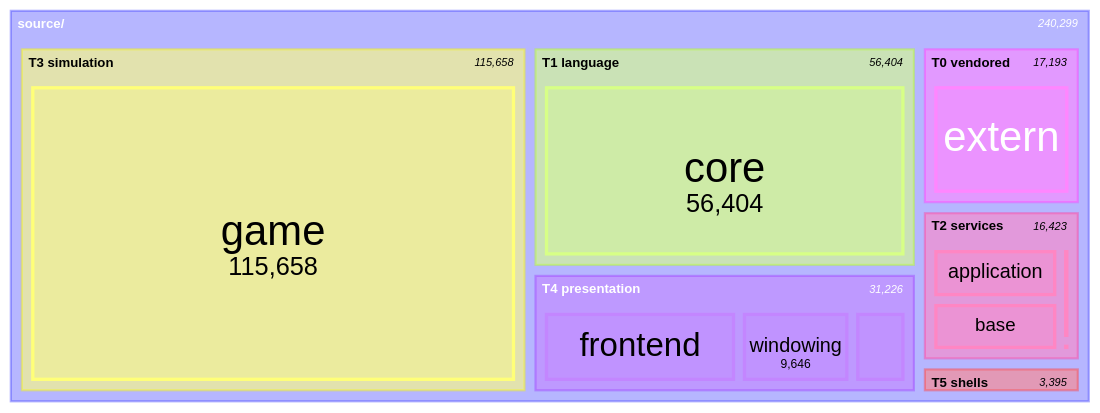
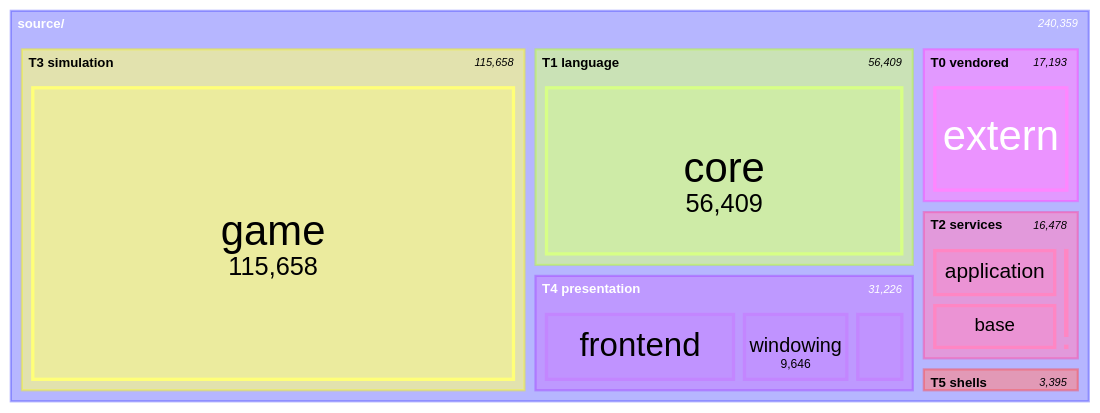
One commit to apnex/OpenStarbound changed the seventh of 11 diagrams in docs/architecture/system-boundaries.md. Above: the diagram before and after it, drawn with Mermaid. The commit also changed other lines of this file and 7 other files, not shown here.

````diff
--- a/docs/architecture/system-boundaries.md
+++ b/docs/architecture/system-boundaries.md
@@ -592,22 +592,22 @@
 ```mermaid
 treemap-beta
 "source/"
     "T0 vendored"
         "extern": 17193
     "T1 language"
-        "core": 56404
+        "core": 56409
     "T2 services"
-        "application": 7617
+        "application": 7672
         "base": 7468
         "metrics": 1196
         "platform": 142
     "T3 simulation"
         "game": 115658
     "T4 presentation"
         "frontend": 16863
         "windowing": 9646
         "rendering": 4717
     "T5 shells"
         "client": 2612
         "server": 783
 ```
````
